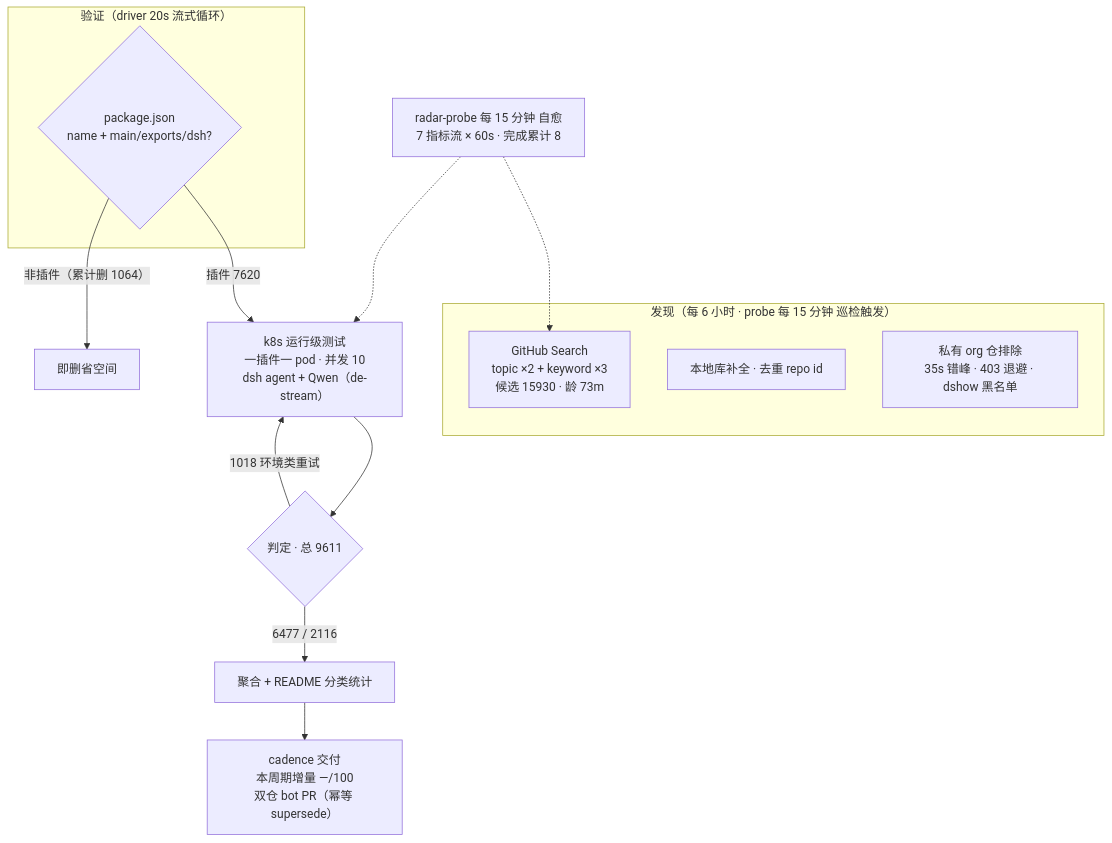
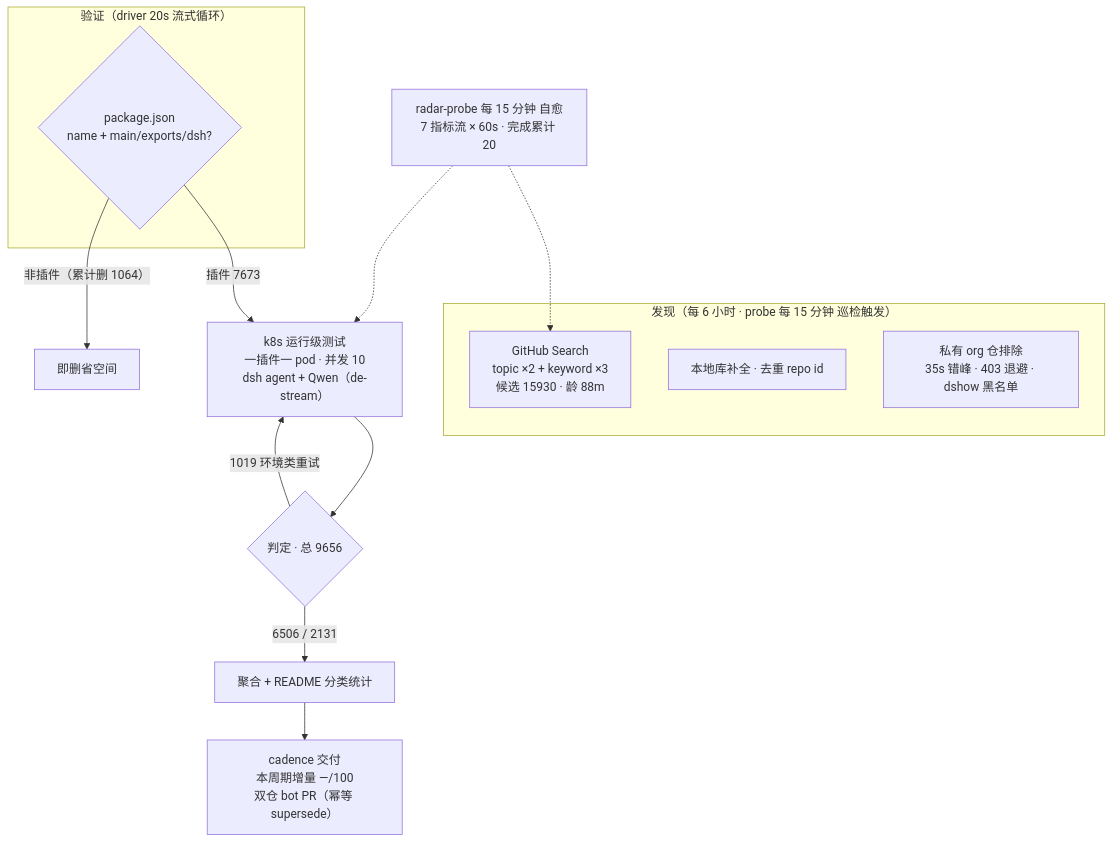
The diagram in README.md (Zhidao-Lab-OSS/awesome-dsh-plugins), drawn with Mermaid before and after one commit. The commit also changed other lines of this file and 1 other file, not shown here.

````diff
--- a/README.md
+++ b/README.md
@@ -37,20 +37,20 @@
 ```mermaid
 flowchart TB
     subgraph Discovery["发现（每 6 小时 · probe 每 15 分钟 巡检触发）"]
-        A1["GitHub Search<br/>topic ×2 + keyword ×3<br/>候选 15930 · 龄 73m"]
+        A1["GitHub Search<br/>topic ×2 + keyword ×3<br/>候选 15930 · 龄 88m"]
         A2["本地库补全 · 去重 repo id"]
         A3["私有 org 仓排除<br/>35s 错峰 · 403 退避 · dshow 黑名单"]
     end
     subgraph Validation["验证（driver 20s 流式循环）"]
         B1{"package.json<br/>name + main/exports/dsh?"}
     end
-    B1 -->|"插件 7620"| C1["k8s 运行级测试<br/>一插件一 pod · 并发 10<br/>dsh agent + Qwen（de-stream）"]
+    B1 -->|"插件 7673"| C1["k8s 运行级测试<br/>一插件一 pod · 并发 10<br/>dsh agent + Qwen（de-stream）"]
     B1 -->|"非插件（累计删 1064）"| B3["即删省空间"]
-    C1 --> D1{"判定 · 总 9611"}
-    D1 -->|"6477 / 2116"| E1["聚合 + README 分类统计"]
-    D1 -->|"1018 环境类重试"| C1
+    C1 --> D1{"判定 · 总 9656"}
+    D1 -->|"6506 / 2131"| E1["聚合 + README 分类统计"]
+    D1 -->|"1019 环境类重试"| C1
     E1 --> E2["cadence 交付<br/>本周期增量 —/100<br/>双仓 bot PR（幂等 supersede）"]
-    M["radar-probe 每 15 分钟 自愈<br/>7 指标流 × 60s · 完成累计 8"]
+    M["radar-probe 每 15 分钟 自愈<br/>7 指标流 × 60s · 完成累计 20"]
     M -.-> A1
     M -.-> C1
 ```
````
